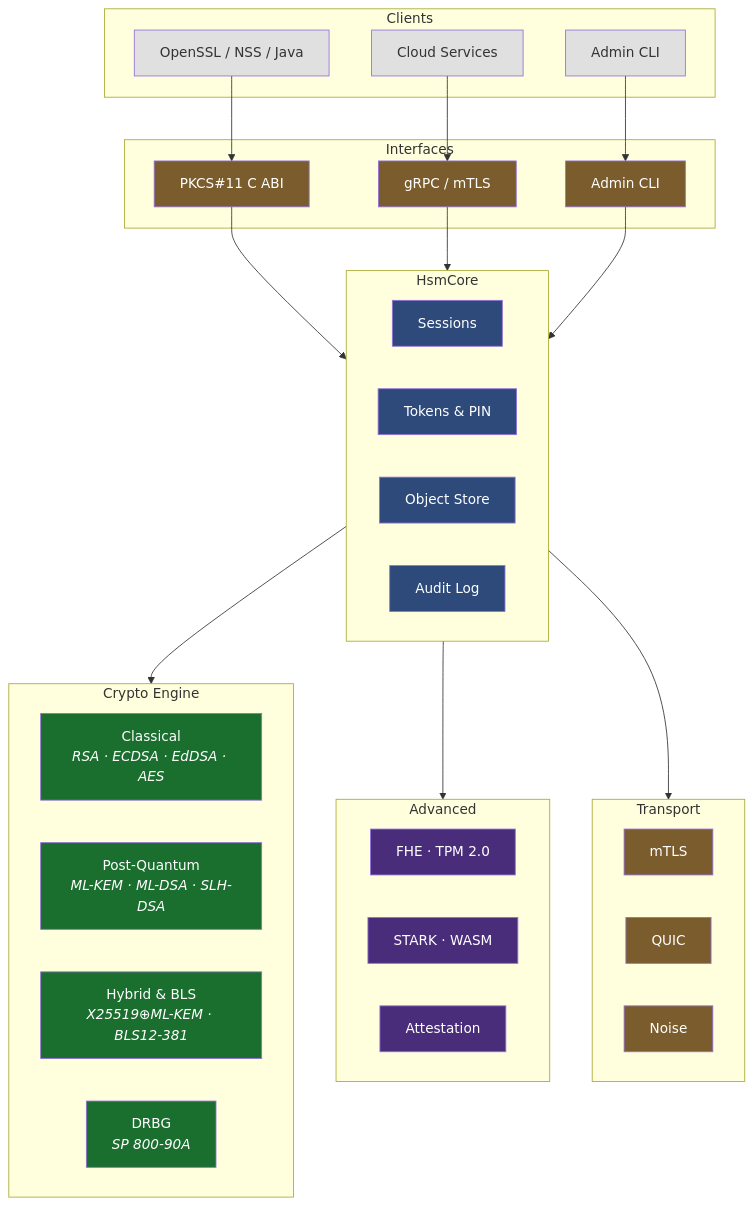
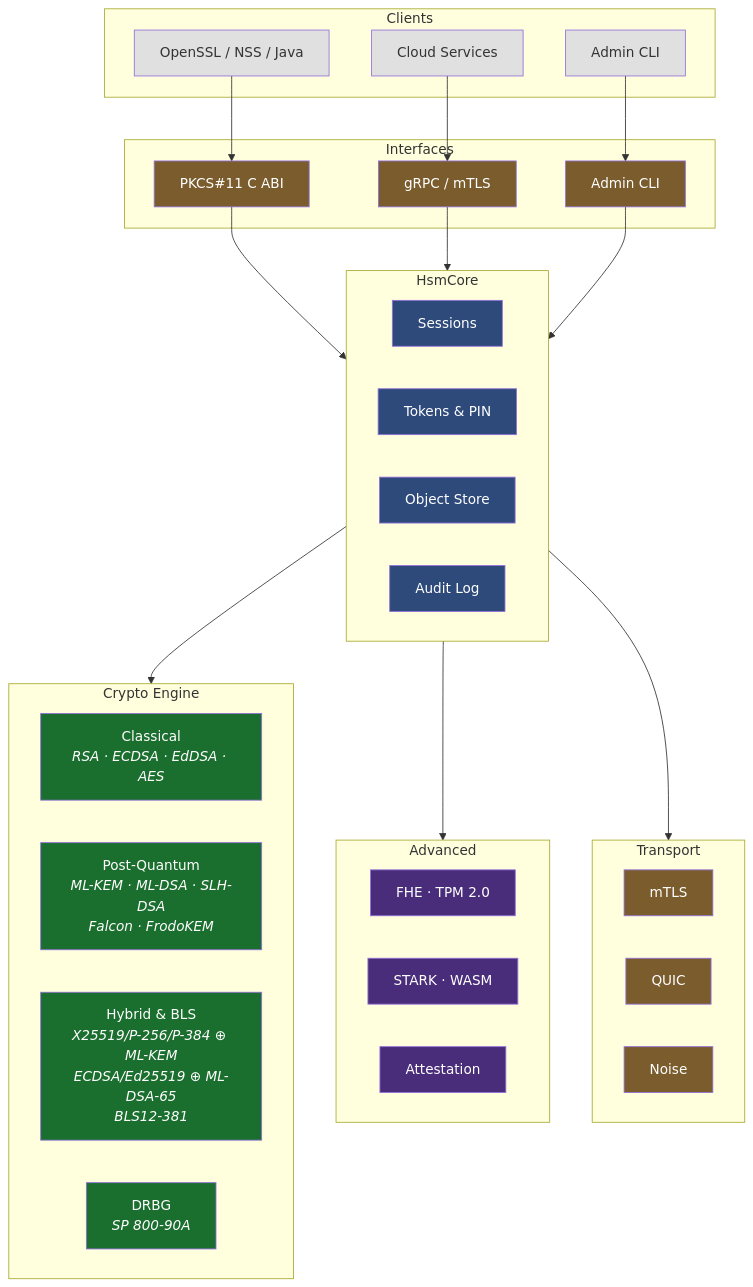
The first of 18 diagrams in README.md (sonoransun/multicraton-hsm-testnet), drawn with Mermaid before and after one commit. The commit also changed other lines of this file and 23 other files, not shown here.

````diff
--- a/README.md
+++ b/README.md
@@ -20,63 +20,63 @@
 ```mermaid
 graph TB
     subgraph CLIENTS["Clients"]
         A1["OpenSSL / NSS / Java"]
         A2["Cloud Services"]
         A3["Admin CLI"]
     end
 
     subgraph INTERFACES["Interfaces"]
         I1["PKCS#11 C ABI"]
         I2["gRPC / mTLS"]
         I3["Admin CLI"]
     end
 
     subgraph CORE["HsmCore"]
         C1["Sessions"]
         C2["Tokens & PIN"]
         C3["Object Store"]
         C4["Audit Log"]
     end
 
     subgraph CRYPTO["Crypto Engine"]
         direction LR
         CL["Classical<br/><i>RSA · ECDSA · EdDSA · AES</i>"]
-        PQ["Post-Quantum<br/><i>ML-KEM · ML-DSA · SLH-DSA</i>"]
-        HY["Hybrid & BLS<br/><i>X25519⊕ML-KEM · BLS12-381</i>"]
+        PQ["Post-Quantum<br/><i>ML-KEM · ML-DSA · SLH-DSA<br/>Falcon · FrodoKEM</i>"]
+        HY["Hybrid & BLS<br/><i>X25519/P-256/P-384 ⊕ ML-KEM<br/>ECDSA/Ed25519 ⊕ ML-DSA-65<br/>BLS12-381</i>"]
         DR["DRBG<br/><i>SP 800-90A</i>"]
     end
 
     subgraph ADVANCED["Advanced"]
         direction LR
         FH["FHE · TPM 2.0"]
         SK["STARK · WASM"]
         AT["Attestation"]
     end
 
     subgraph CLUSTER["Transport"]
         direction LR
         MT["mTLS"]
         QU["QUIC"]
         NO["Noise"]
     end
 
     A1 --> I1
     A2 --> I2
     A3 --> I3
     I1 & I2 & I3 --> CORE
     CORE --> CRYPTO
     CORE --> ADVANCED
     CORE --> CLUSTER
 
     classDef client fill:#e0e0e0,color:#333
     classDef iface fill:#7a5c2d,color:#fff
     classDef core fill:#2d4a7a,color:#fff
     classDef crypto fill:#1a6e2e,color:#fff
     classDef adv fill:#4a2d7a,color:#fff
     class A1,A2,A3 client
     class I1,I2,I3 iface
     class C1,C2,C3,C4 core
     class CL,PQ,HY,DR crypto
     class FH,SK,AT adv
     class MT,QU,NO iface
 ```
````
